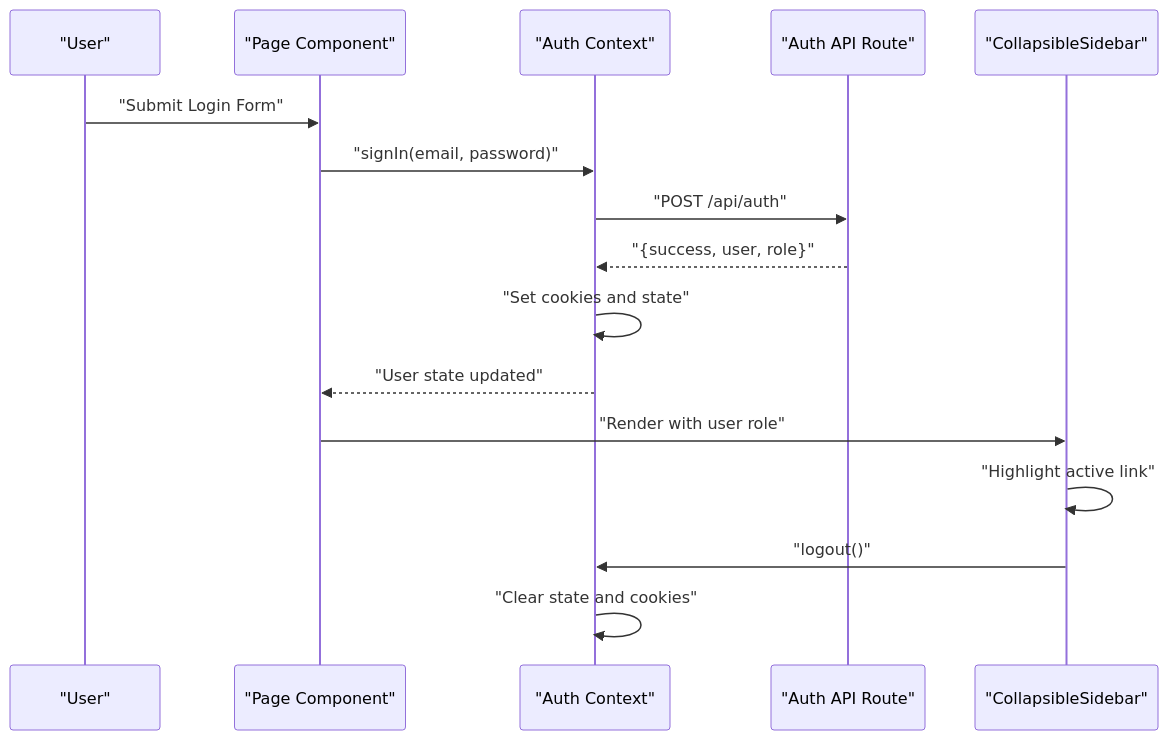
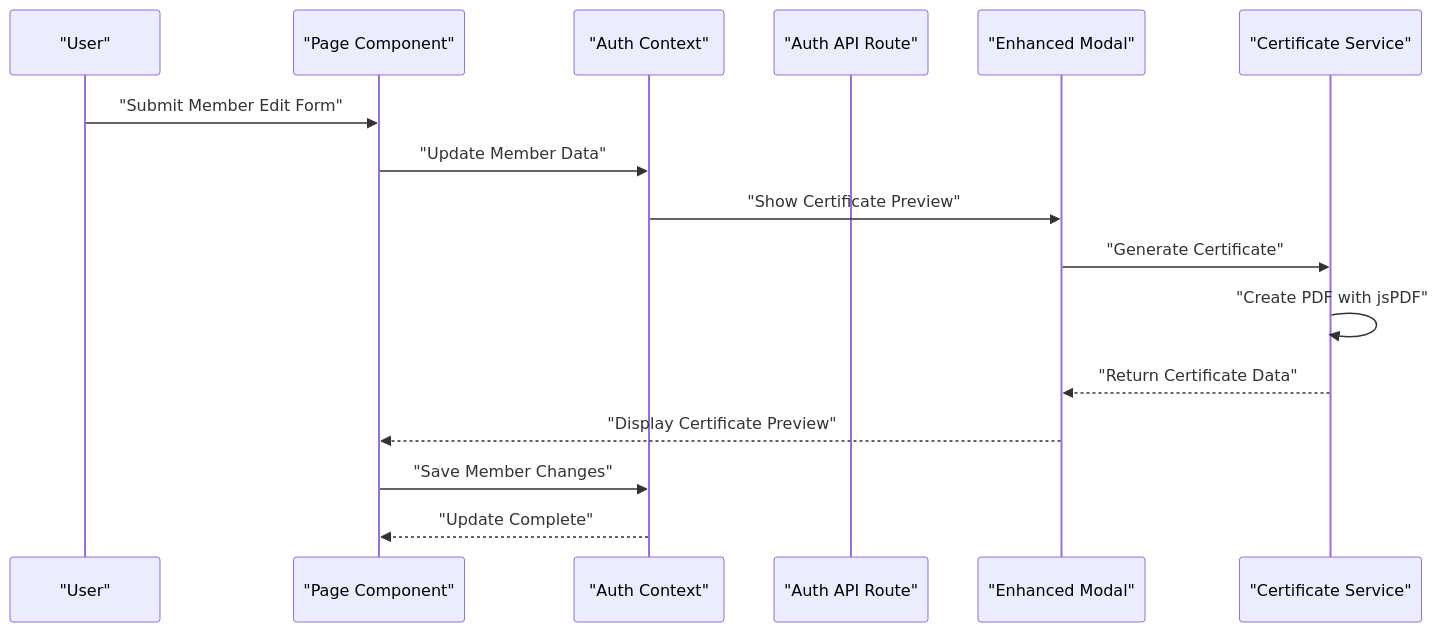
Before and after one commit to Unsure-bry/sampacoop_system: the second of 10 diagrams in .qoder/repowiki/en/content/UI Components & Design System/UI Components & Design System.md, drawn with Mermaid. The commit also changed other lines of this file and 24 other files, not shown here.

````diff
--- a/.qoder/repowiki/en/content/UI Components & Design System/UI Components & Design System.md
+++ b/.qoder/repowiki/en/content/UI Components & Design System/UI Components & Design System.md
@@ -192,18 +212,18 @@
 ```mermaid
 sequenceDiagram
 participant User as "User"
 participant Page as "Page Component"
 participant Auth as "Auth Context"
 participant API as "Auth API Route"
-participant Nav as "CollapsibleSidebar"
-User->>Page : "Submit Login Form"
-Page->>Auth : "signIn(email, password)"
-Auth->>API : "POST /api/auth"
-API-->>Auth : "{success, user, role}"
-Auth->>Auth : "Set cookies and state"
-Auth-->>Page : "User state updated"
-Page->>Nav : "Render with user role"
-Nav->>Nav : "Highlight active link"
-Nav->>Auth : "logout()"
-Auth->>Auth : "Clear state and cookies"
+participant Modal as "Enhanced Modal"
+participant CertService as "Certificate Service"
+User->>Page : "Submit Member Edit Form"
+Page->>Auth : "Update Member Data"
+Auth->>Modal : "Show Certificate Preview"
+Modal->>CertService : "Generate Certificate"
+CertService->>CertService : "Create PDF with jsPDF"
+CertService-->>Modal : "Return Certificate Data"
+Modal-->>Page : "Display Certificate Preview"
+Page->>Auth : "Save Member Changes"
+Auth-->>Page : "Update Complete"
 ```
````
